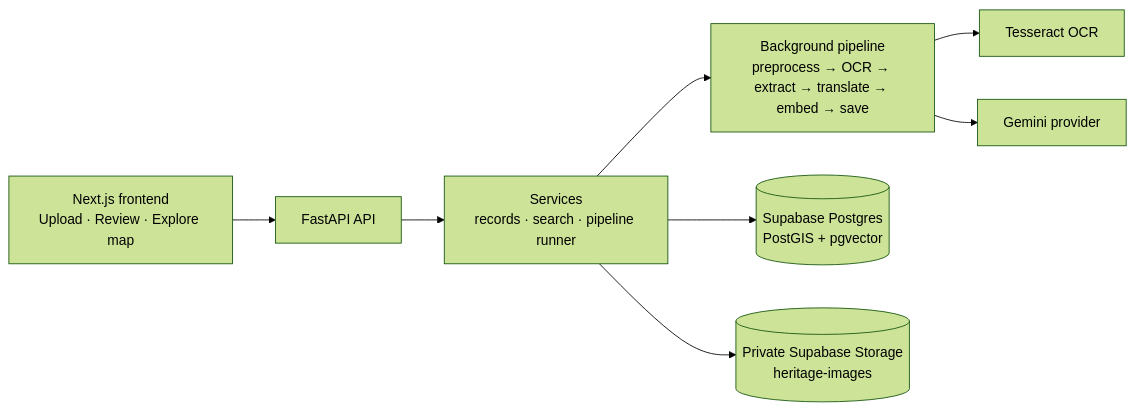
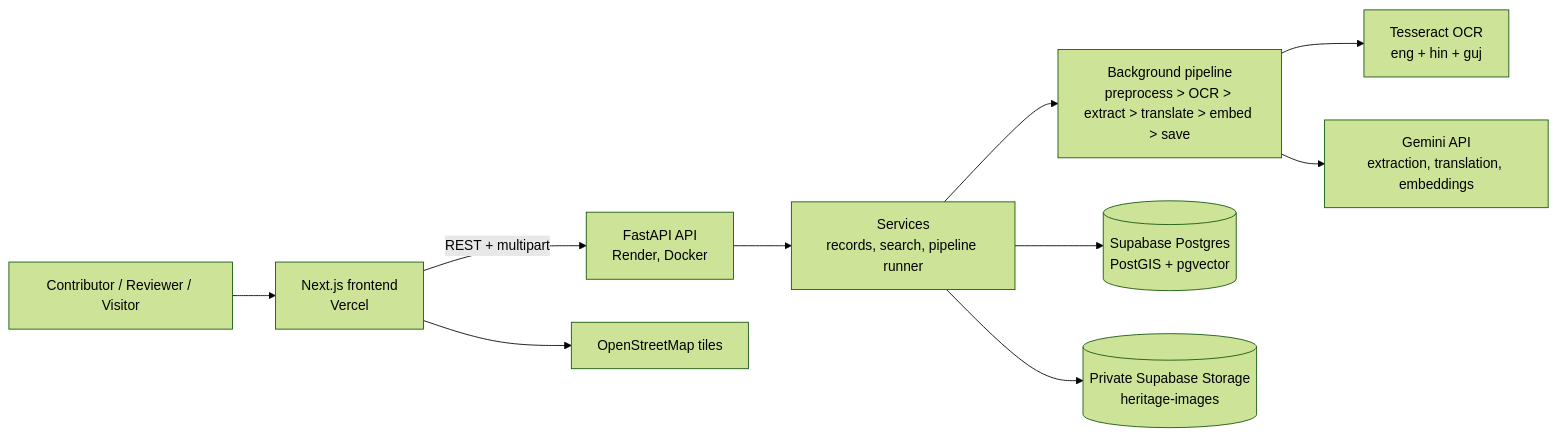
Before and after one commit to bangoriyabhavya151107/Heritage-Atlas: the second of 4 diagrams in README.md, drawn with Mermaid (forest theme). The commit also changed other lines of this file, not shown here.

````diff
--- a/README.md
+++ b/README.md
@@ -20,10 +135,12 @@
 ```mermaid
 flowchart LR
-  F[Next.js frontend\nUpload · Review · Explore map] --> A[FastAPI API]
-  A --> S[Services\nrecords · search · pipeline runner]
-  S --> P[Background pipeline\npreprocess → OCR → extract → translate → embed → save]
-  P --> O[Tesseract OCR]
-  P --> G[Gemini provider]
-  S --> D[(Supabase Postgres\nPostGIS + pgvector)]
-  S --> ST[(Private Supabase Storage\nheritage-images)]
+  U[Contributor / Reviewer / Visitor] --> F[Next.js frontend<br/>Vercel]
+  F -->|REST + multipart| A[FastAPI API<br/>Render, Docker]
+  A --> S[Services<br/>records, search, pipeline runner]
+  S --> P[Background pipeline<br/>preprocess > OCR > extract > translate > embed > save]
+  P --> T[Tesseract OCR<br/>eng + hin + guj]
+  P --> G[Gemini API<br/>extraction, translation, embeddings]
+  S --> D[(Supabase Postgres<br/>PostGIS + pgvector)]
+  S --> B[(Private Supabase Storage<br/>heritage-images)]
+  F --> M[OpenStreetMap tiles]
 ```
````
